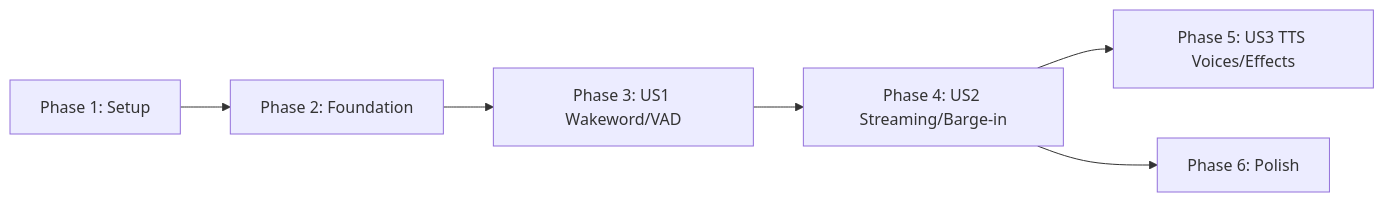
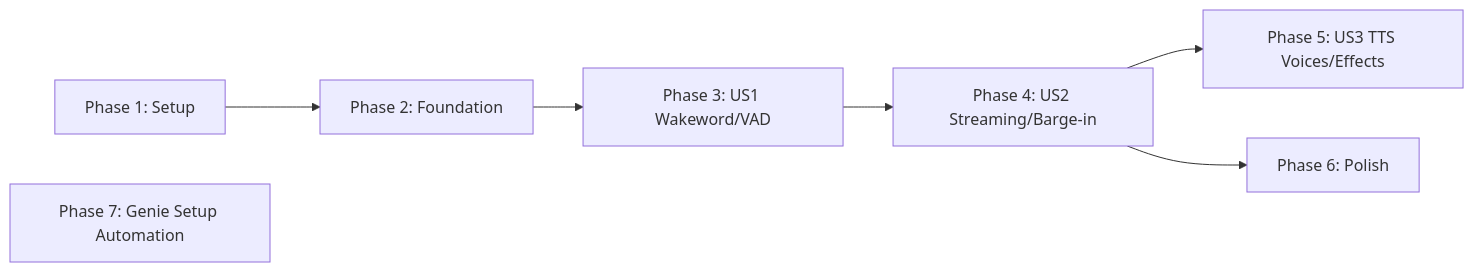
One commit to aiden-isaac/vocascade changed the diagram in specs/001-voice-satellite-core/tasks.md. Above: the diagram before and after it, drawn with Mermaid. The commit also changed other lines of this file and 1 other file, not shown here.

Commit message:
docs(specs): add Genie TTS setup automation specs (US4, FR-028-032, T037-T042)

````diff
--- a/specs/001-voice-satellite-core/tasks.md
+++ b/specs/001-voice-satellite-core/tasks.md
@@ -92,8 +104,9 @@
 ```mermaid
 graph LR
     P1[Phase 1: Setup] --> P2[Phase 2: Foundation]
     P2 --> US1[Phase 3: US1 Wakeword/VAD]
     US1 --> US2[Phase 4: US2 Streaming/Barge-in]
     US2 --> US3[Phase 5: US3 TTS Voices/Effects]
     US2 --> POL[Phase 6: Polish]
+    GS[Phase 7: Genie Setup Automation]
 ```
````
